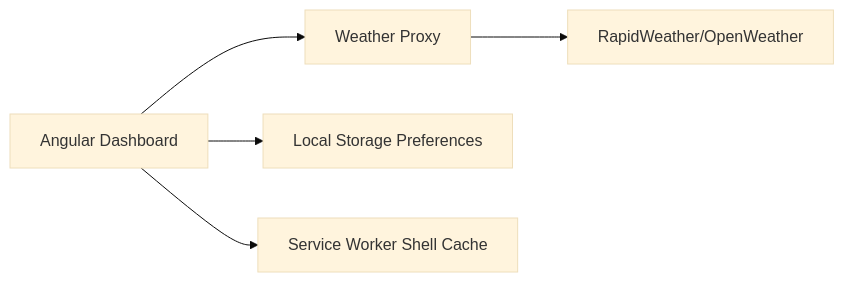
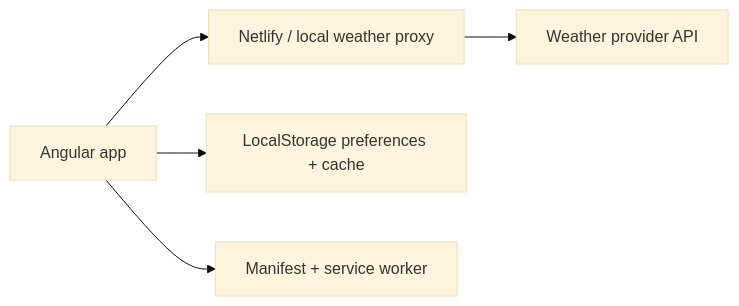
One commit to coltonsaywhatt/Clearcast changed the diagram in README.md. Above: the diagram before and after it, drawn with Mermaid (base theme). The commit also changed other lines of this file and 2 other files, not shown here.

Commit message:
Polish portfolio README and app branding details

````diff
--- a/README.md
+++ b/README.md
@@ -136,7 +32,7 @@
 ```mermaid
 flowchart LR
-  Browser["Angular Dashboard"] --> WeatherProxy["Weather Proxy"]
-  WeatherProxy --> RapidAPI["RapidWeather/OpenWeather"]
-  Browser --> LocalStorage["Local Storage Preferences"]
-  Browser --> ServiceWorker["Service Worker Shell Cache"]
+  Browser["Angular app"] --> Proxy["Netlify / local weather proxy"]
+  Proxy --> WeatherAPI["Weather provider API"]
+  Browser --> Storage["LocalStorage preferences + cache"]
+  Browser --> PWA["Manifest + service worker"]
 ```
````
